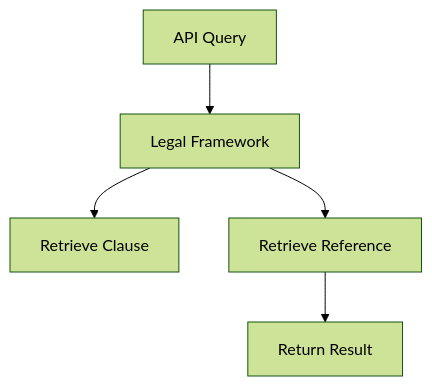
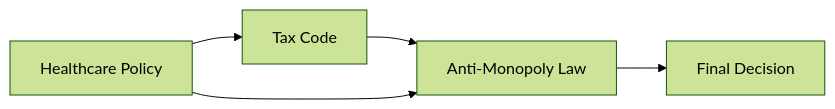
The second of 4 diagrams in RNN - Thesis.md (ConicuConsulting/OpenEye), drawn with Mermaid (forest theme) before and after one commit. The commit also changed other lines of this file, not shown here.

````diff
--- a/RNN - Thesis.md
+++ b/RNN - Thesis.md
@@ -122,7 +65,7 @@
 ```mermaid
-graph TD;
-    A[API Query] --> B[Legal Framework];
-    B --> C[Retrieve Clause];
-    B --> D[Retrieve Reference];
-    D --> E[Return Result]
+graph LR;
+    A[Healthcare Policy] --> B[Tax Code];
+    B --> C[Anti-Monopoly Law];
+    A --> C;
+    C --> D[Final Decision];
 ```
````
